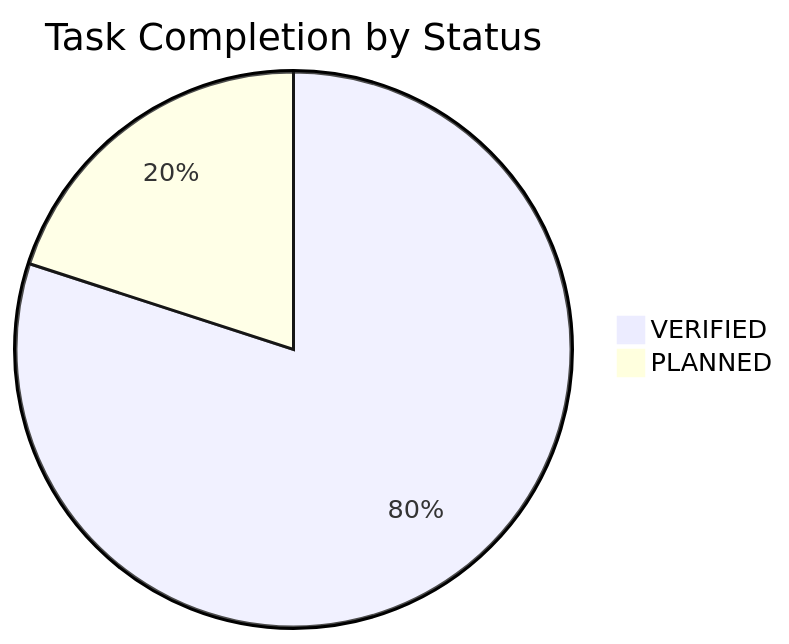
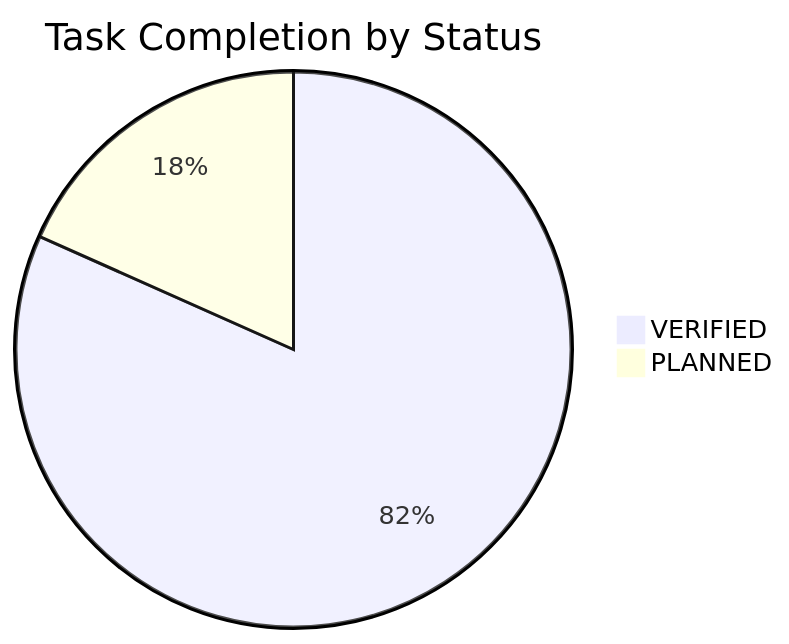
One commit to NguyenTriBaoThang/ClearWayAI changed the diagram in docs/TASK_BOARD.md. Above: the diagram before and after it, drawn with Mermaid. The commit also changed other lines of this file and 12 other files, not shown here.

````diff
--- a/docs/TASK_BOARD.md
+++ b/docs/TASK_BOARD.md
@@ -16,5 +16,5 @@
 ```mermaid
 pie title Task Completion by Status
-    "VERIFIED" : 48
-    "PLANNED" : 12
+    "VERIFIED" : 49
+    "PLANNED" : 11
 ```
````
